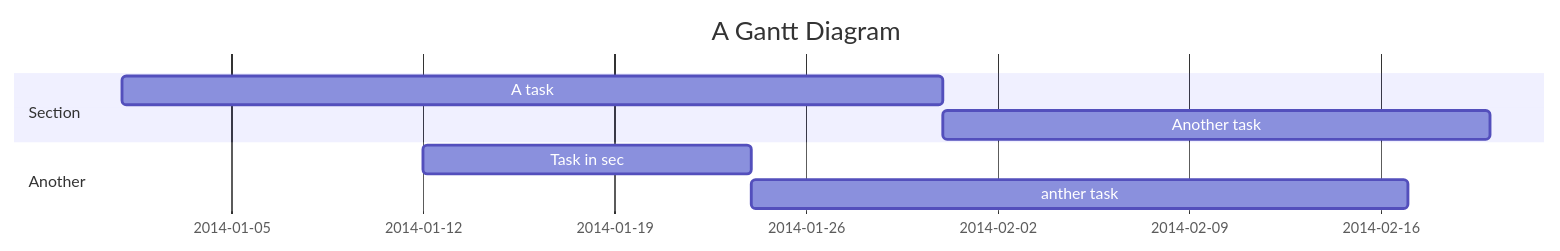
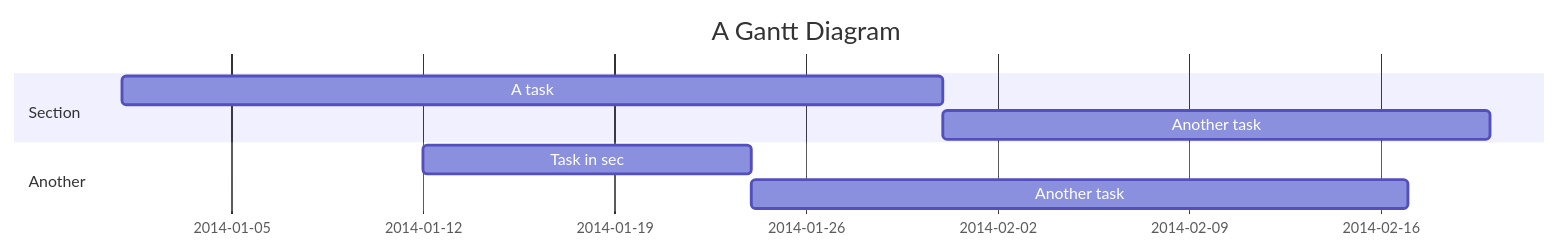
The second of 2 diagrams in readme.md (wl03064788/2022_isu_carplate), drawn with Mermaid before and after one commit. The commit also changed other lines of this file and 1 other file, not shown here.

````diff
--- a/readme.md
+++ b/readme.md
@@ -9,11 +20,11 @@
 ```mermaid
 gantt
     title A Gantt Diagram
 
     section Section
     A task           :a1, 2014-01-01, 30d
-    Another task     :after a1  , 20d
+    Another task     :after a1, 20d
     section Another
-    Task in sec      :2014-01-12  , 12d
-    anther task      : 24d
+    Task in sec      :2014-01-12, 12d
+    Another task     :24d
 ```
````
